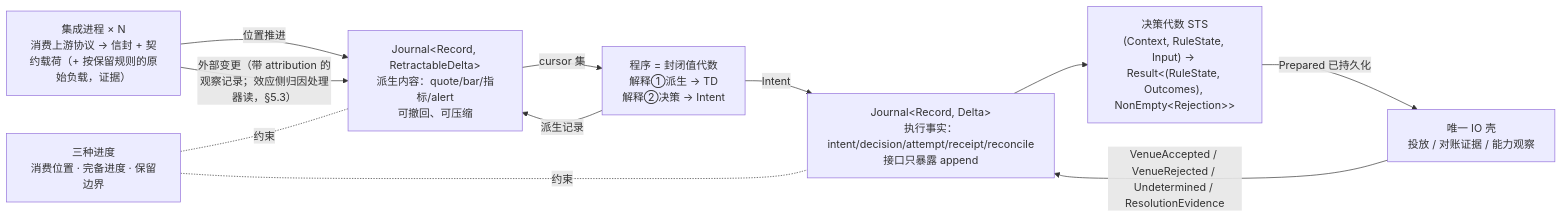
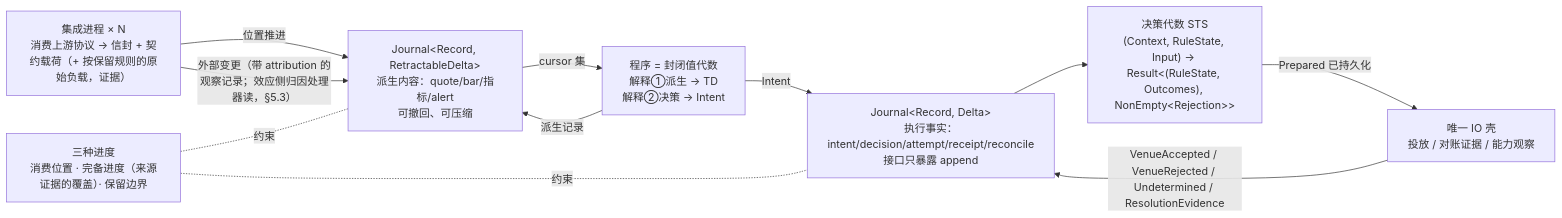
Before and after one commit to mouriya-s-lab/uta: the second of 2 diagrams in design/core/00-reading-guide.md, drawn with Mermaid. The commit also changed other lines of this file and 19 other files, not shown here.

Commit message:
design: round-5 integration — program request streams and declared execution-fact inputs, retired-source history readable via delivery-only and execution-fact items, glossary and diagrams aligned, §10 renumbered

````diff
--- a/design/core/00-reading-guide.md
+++ b/design/core/00-reading-guide.md
@@ -88,20 +88,20 @@
 ```mermaid
 flowchart LR
   INT["集成进程 × N<br/>消费上游协议 → 信封 + 契约载荷（+ 按保留规则的原始负载，证据）"]
   TD["Journal&lt;Record, RetractableDelta&gt;<br/>派生内容：quote/bar/指标/alert<br/>可撤回、可压缩"]
   TE["Journal&lt;Record, Delta&gt;<br/>执行事实：intent/decision/attempt/receipt/reconcile<br/>接口只暴露 append"]
   STS["决策代数 STS<br/>(Context, RuleState, Input) → Result&lt;(RuleState, Outcomes), NonEmpty&lt;Rejection&gt;&gt;"]
   PROG["程序 = 封闭值代数<br/>解释①派生 → TD<br/>解释②决策 → Intent"]
   IO["唯一 IO 壳<br/>投放 / 对账证据 / 能力观察"]
-  FR["三种进度<br/>消费位置 · 完备进度 · 保留边界"]
+  FR["三种进度<br/>消费位置 · 完备进度（来源证据的覆盖）· 保留边界"]
   INT -->|位置推进| TD
   TD -->|cursor 集| PROG
   PROG -->|派生记录| TD
   PROG -->|Intent| TE
   TE --> STS
   STS -->|Prepared 已持久化| IO
   IO -->|VenueAccepted / VenueRejected / Undetermined / ResolutionEvidence| TE
   INT -->|外部变更（带 attribution 的观察记录；效应侧归因处理器读，§5.3）| TD
   FR -.约束.- TD
   FR -.约束.- TE
 ```
````
